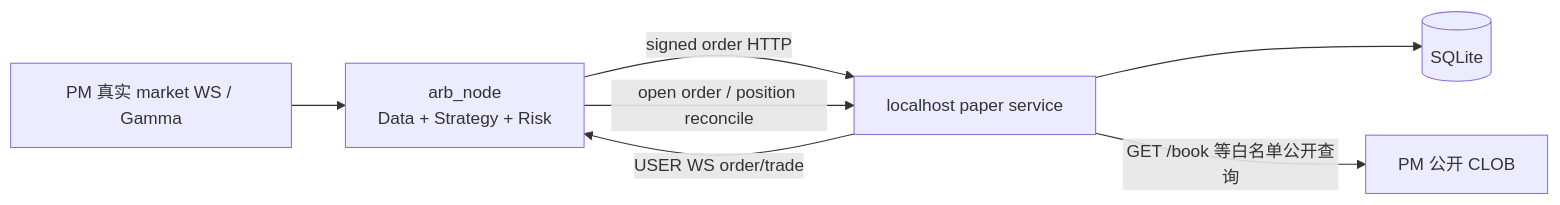
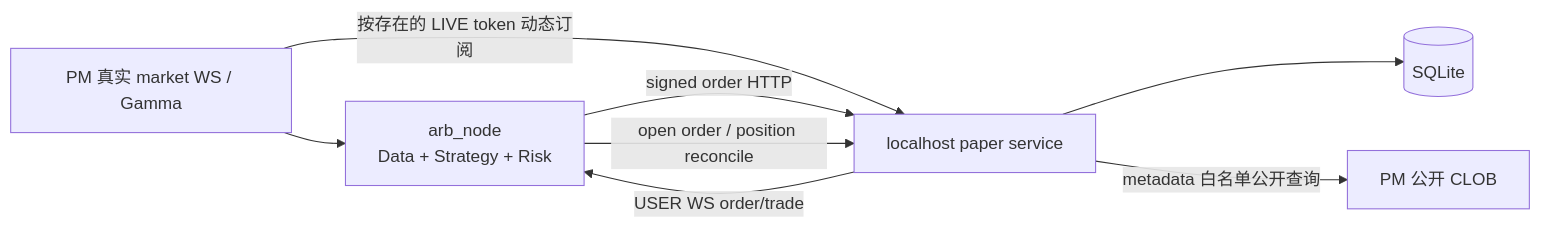
The diagram in docs/arbitrage/architectures/paper/architecture.md (psnewer/nautilus_trader), drawn with Mermaid before and after one commit. The commit also changed other lines of this file and 25 other files, not shown here.

````diff
--- a/docs/arbitrage/architectures/paper/architecture.md
+++ b/docs/arbitrage/architectures/paper/architecture.md
@@ -29,9 +29,10 @@
 ```mermaid
 flowchart LR
   PMDATA["PM 真实 market WS / Gamma"] --> NODE["arb_node\nData + Strategy + Risk"]
+  PMDATA -->|按存在的 LIVE token 动态订阅| PAPER["localhost paper service"]
   NODE -->|signed order HTTP| PAPER["localhost paper service"]
   PAPER -->|USER WS order/trade| NODE
   NODE -->|open order / position reconcile| PAPER
   PAPER --> DB[(SQLite)]
-  PAPER -->|GET /book 等白名单公开查询| PMCLOB["PM 公开 CLOB"]
+  PAPER -->|metadata 白名单公开查询| PMCLOB["PM 公开 CLOB"]
 ```
````
